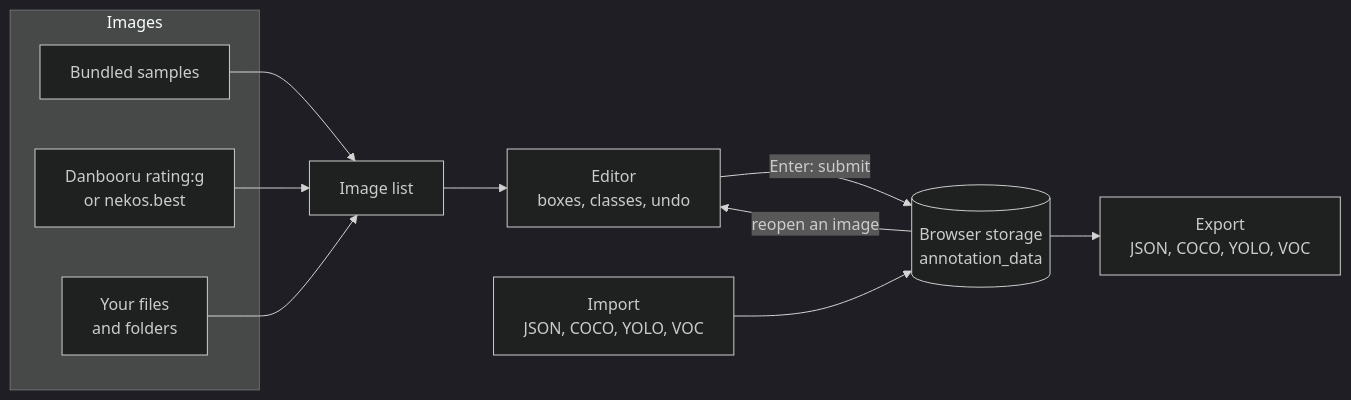
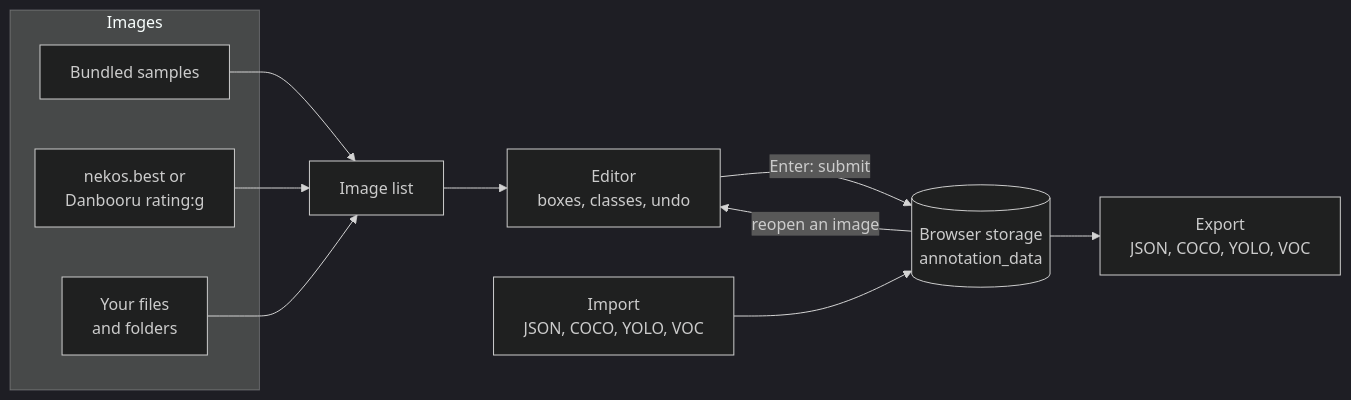
Before and after one commit to NatLee/image-annotation: the diagram in README.md, drawn with Mermaid (dark theme). The commit also changed other lines of this file and 7 other files, not shown here.

First line of the commit message:
docs: refresh the README for nekos.best by default and the new samples

````diff
--- a/README.md
+++ b/README.md
@@ -144,16 +144,16 @@
 ```mermaid
 flowchart LR
   subgraph sources [Images]
     S[Bundled samples]
-    R[Danbooru rating:g<br/>or nekos.best]
+    R[nekos.best or<br/>Danbooru rating:g]
     L[Your files<br/>and folders]
   end
   S --> Q[Image list]
   R --> Q
   L --> Q
   Q --> E[Editor<br/>boxes, classes, undo]
   E -- Enter: submit --> D[(Browser storage<br/>annotation_data)]
   D -- reopen an image --> E
   I[Import<br/>JSON, COCO, YOLO, VOC] --> D
   D --> X[Export<br/>JSON, COCO, YOLO, VOC]
 ```
````
